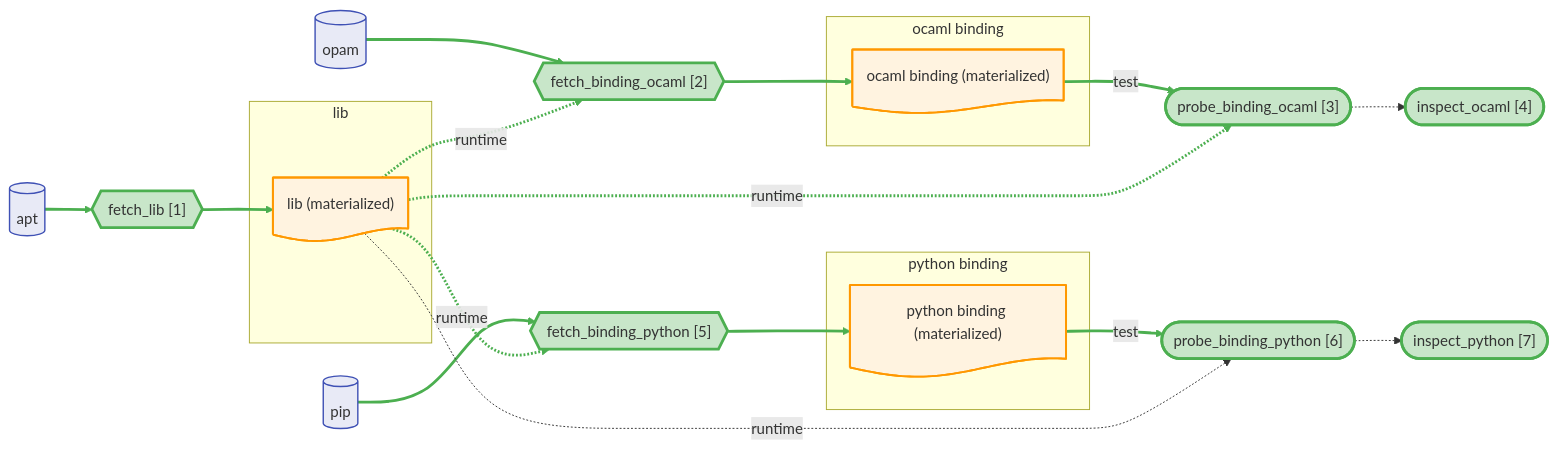
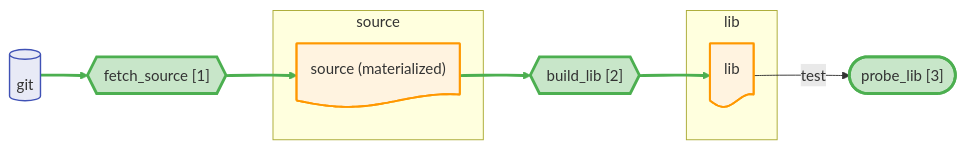
One commit to JHU-PL-Lab/tola changed the diagram in docs/canary/projects/sqlite/-run/diagrams/full.mmd. Above: the diagram before and after it, drawn with Mermaid. The commit also changed 10 other files, not shown here.

```diff
--- a/docs/canary/projects/sqlite/-run/diagrams/full.mmd
+++ b/docs/canary/projects/sqlite/-run/diagrams/full.mmd
@@ -1,66 +1,37 @@
 %% view: full
 graph LR
+    subgraph source_sg ["source"]
+      source_node@{ shape: doc, label: "source (materialized)" }
+    end
     subgraph lib_sg ["lib"]
-      lib_node@{ shape: doc, label: "lib (materialized)" }
-    end
-    subgraph ocaml_binding_sg ["ocaml binding"]
-      ocaml_binding_node@{ shape: doc, label: "ocaml binding (materialized)" }
-    end
-    subgraph python_binding_sg ["python binding"]
-      python_binding_node@{ shape: doc, label: "python binding (materialized)" }
+      lib_node@{ shape: doc, label: "lib" }
     end
 
-    apt_store@{ shape: cyl, label: "apt" }
-    opam_store@{ shape: cyl, label: "opam" }
-    pip_store@{ shape: cyl, label: "pip" }
+    git_store@{ shape: cyl, label: "git" }
 
-    A_fetch_lib{{"fetch_lib [1]"}}
-    A_fetch_binding_ocaml{{"fetch_binding_ocaml [2]"}}
-    A_fetch_binding_python{{"fetch_binding_python [5]"}}
-    A_probe_binding_ocaml(["probe_binding_ocaml [3]"])
-    A_probe_binding_ocaml_inspect(["inspect_ocaml [4]"])
-    A_probe_binding_python(["probe_binding_python [6]"])
-    A_probe_binding_python_inspect(["inspect_python [7]"])
+    A_fetch_source{{"fetch_source [1]"}}
+    A_build_lib{{"build_lib [2]"}}
+    A_probe_lib(["probe_lib [3]"])
 
-    apt_store --> A_fetch_lib --> lib_node
-    opam_store --> A_fetch_binding_ocaml --> ocaml_binding_node
-    lib_node -.->|runtime| A_fetch_binding_ocaml
-    ocaml_binding_node -->|test| A_probe_binding_ocaml
-    lib_node -.->|runtime| A_probe_binding_ocaml
-    pip_store --> A_fetch_binding_python --> python_binding_node
-    lib_node -.->|runtime| A_fetch_binding_python
-    python_binding_node -->|test| A_probe_binding_python
-    lib_node -.->|runtime| A_probe_binding_python
-    A_probe_binding_ocaml -.-> A_probe_binding_ocaml_inspect
-    A_probe_binding_python -.-> A_probe_binding_python_inspect
+    git_store --> A_fetch_source --> source_node
+    source_node --> A_build_lib
+    A_build_lib --> lib_node
+    lib_node -->|test| A_probe_lib
 
     classDef artifact fill:#fff3e0,stroke:#ff9800,stroke-width:2px
     classDef store fill:#e8eaf6,stroke:#3f51b5,stroke-width:1.5px
     classDef st_done fill:#c8e6c9,stroke:#4caf50,stroke-width:3px
     classDef st_done_ctx fill:#e8f5e9,stroke:#a5d6a7,stroke-width:1.5px
     classDef st_expected_fail fill:#fff9c4,stroke:#f9a825,stroke-width:2px
     classDef st_failed fill:#ffcdd2,stroke:#c62828,stroke-width:2px
     classDef st_skipped fill:#f5f5f5,stroke:#9e9e9e,stroke-dasharray:5
     classDef st_nospec fill:#fafafa,stroke:#bdbdbd,stroke-dasharray:5
-    class lib_node,ocaml_binding_node,python_binding_node artifact
-    class apt_store store
-    class opam_store store
-    class pip_store store
-    class A_fetch_lib st_done
-    class A_fetch_binding_ocaml st_done
-    class A_probe_binding_ocaml st_done
-    class A_probe_binding_ocaml_inspect st_done
-    class A_fetch_binding_python st_done
-    class A_probe_binding_python st_done
-    class A_probe_binding_python_inspect st_done
+    class source_node,lib_node artifact
+    class git_store store
+    class A_fetch_source st_done
+    class A_build_lib st_done
+    class A_probe_lib st_done
     linkStyle 0 stroke:#4caf50,stroke-width:3px
     linkStyle 1 stroke:#4caf50,stroke-width:3px
     linkStyle 2 stroke:#4caf50,stroke-width:3px
     linkStyle 3 stroke:#4caf50,stroke-width:3px
-    linkStyle 4 stroke:#4caf50,stroke-width:3px
-    linkStyle 5 stroke:#4caf50,stroke-width:3px
-    linkStyle 6 stroke:#4caf50,stroke-width:3px
-    linkStyle 7 stroke:#4caf50,stroke-width:3px
-    linkStyle 8 stroke:#4caf50,stroke-width:3px
-    linkStyle 9 stroke:#4caf50,stroke-width:3px
-    linkStyle 10 stroke:#4caf50,stroke-width:3px
```
